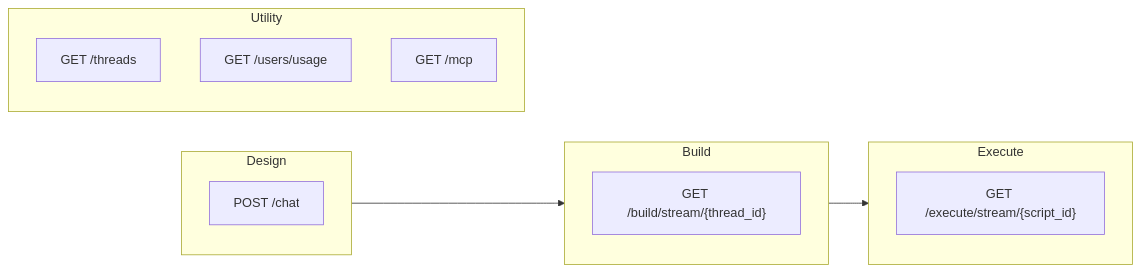
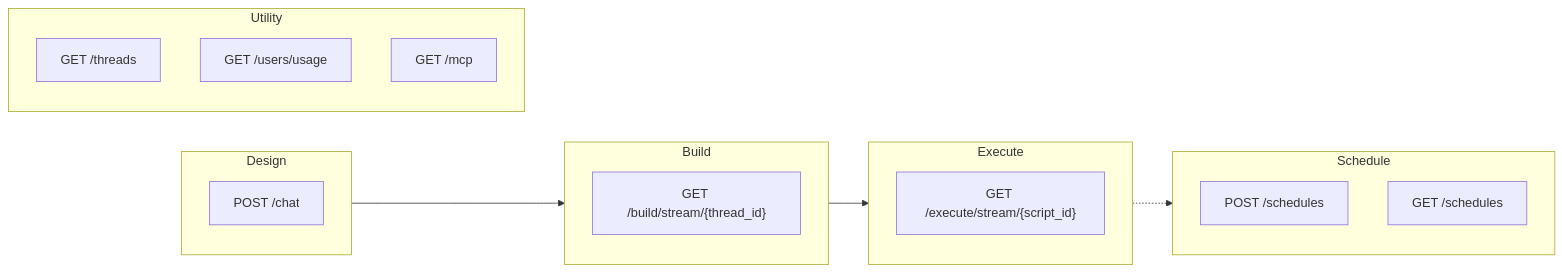
Diagram 13 of 14 in README.md (whitebearhands/hierarch_public), drawn with Mermaid before and after one commit. The commit also changed other lines of this file, not shown here.

````diff
--- a/README.md
+++ b/README.md
@@ -321,19 +390,24 @@
 ```mermaid
 flowchart LR
     subgraph Design
         C1["POST /chat"]
     end
     subgraph Build
         C2["GET /build/stream/{thread_id}"]
     end
     subgraph Execute
         C3["GET /execute/stream/{script_id}"]
     end
+    subgraph Schedule
+        C7["POST /schedules"]
+        C8["GET /schedules"]
+    end
     subgraph Utility
         C4["GET /threads"]
         C5["GET /users/usage"]
         C6["GET /mcp"]
     end
 
     Design --> Build --> Execute
+    Execute -.-> Schedule
 ```
````
